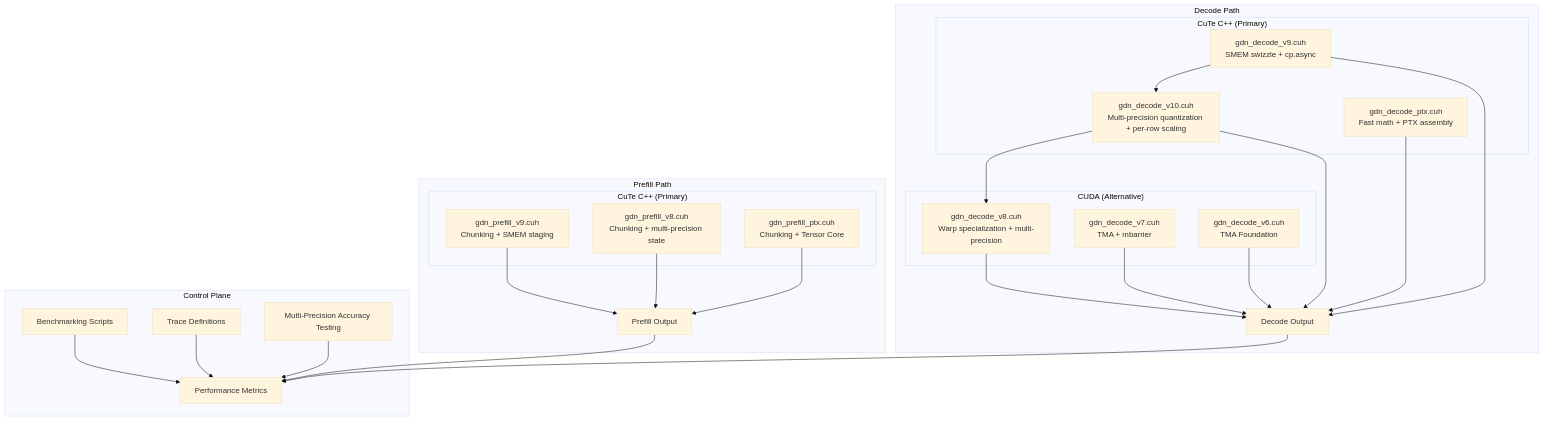
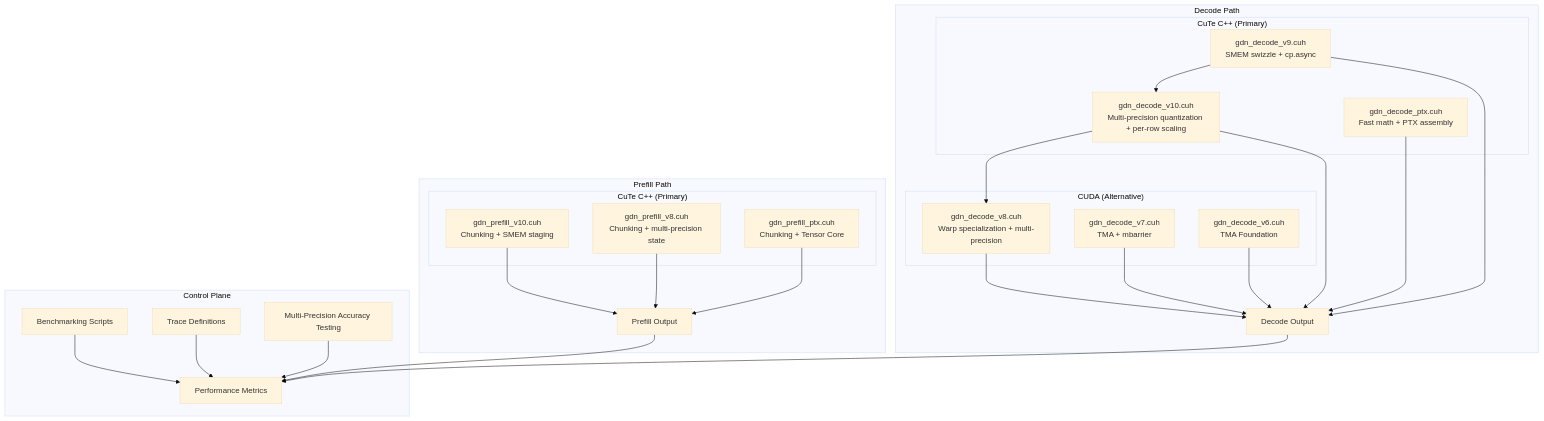
One commit to gugudeshubao/flashinfer-bench-tma-thrust changed the second of 10 diagrams in .qoder/repowiki/en/content/Optimization Strategies/Optimization Tracking Log.md. Above: the diagram before and after it, drawn with Mermaid (base theme). The commit also changed other lines of this file and 23 other files, not shown here.

````diff
--- a/.qoder/repowiki/en/content/Optimization Strategies/Optimization Tracking Log.md
+++ b/.qoder/repowiki/en/content/Optimization Strategies/Optimization Tracking Log.md
@@ -180,43 +144,43 @@
 ```mermaid
 graph TB
 subgraph "Decode Path"
 subgraph "CuTe C++ (Primary)"
 D9["gdn_decode_v9.cuh<br/>SMEM swizzle + cp.async"]
 D10["gdn_decode_v10.cuh<br/>Multi-precision quantization + per-row scaling"]
 P9["gdn_decode_ptx.cuh<br/>Fast math + PTX assembly"]
 end
 subgraph "CUDA (Alternative)"
 D8["gdn_decode_v8.cuh<br/>Warp specialization + multi-precision"]
 D7["gdn_decode_v7.cuh<br/>TMA + mbarrier"]
 D6["gdn_decode_v6.cuh<br/>TMA Foundation"]
 end
 D9 --> D10 --> D8
 D9 --> D9_OUT["Decode Output"]
 D10 --> D9_OUT
 D8 --> D9_OUT
 P9 --> D9_OUT
 D7 --> D9_OUT
 D6 --> D9_OUT
 end
 subgraph "Prefill Path"
 subgraph "CuTe C++ (Primary)"
-P9V["gdn_prefill_v9.cuh<br/>Chunking + SMEM staging"]
+P9V["gdn_prefill_v10.cuh<br/>Chunking + SMEM staging"]
 P8V["gdn_prefill_v8.cuh<br/>Chunking + multi-precision state"]
 P9PV["gdn_prefill_ptx.cuh<br/>Chunking + Tensor Core"]
 end
 P9V --> P9V_OUT["Prefill Output"]
 P8V --> P9V_OUT
 P9PV --> P9V_OUT
 end
 subgraph "Control Plane"
 BENCH["Benchmarking Scripts"]
 TRACE["Trace Definitions"]
 PERF["Performance Metrics"]
 TEST["Multi-Precision Accuracy Testing"]
 end
 D9_OUT --> PERF
 P9V_OUT --> PERF
 BENCH --> PERF
 TRACE --> PERF
 TEST --> PERF
 ```
````
